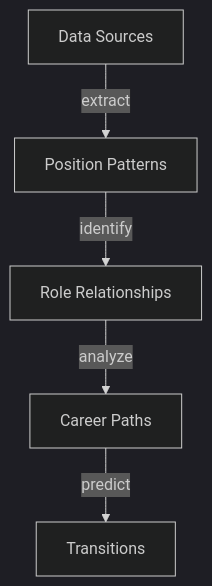
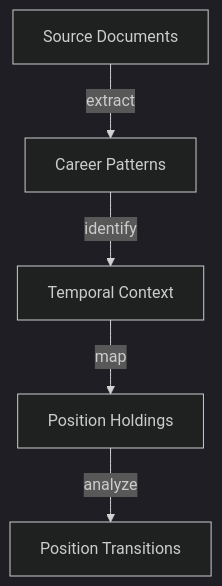
One commit to CarlosLiberJesus/obsidian-vault changed the third of 3 diagrams in vault/BeWhyOrg/InServer/Backend/Database/Entity-CidadaoCargo.md. Above: the diagram before and after it, drawn with Mermaid (dark theme). The commit also changed other lines of this file and 11 other files, not shown here.

````diff
--- a/vault/BeWhyOrg/InServer/Backend/Database/Entity-CidadaoCargo.md
+++ b/vault/BeWhyOrg/InServer/Backend/Database/Entity-CidadaoCargo.md
@@ -104,7 +112,7 @@
 ```mermaid
 graph TD
-    D[Data Sources] --> |extract| P[Position Patterns]
-    P --> |identify| R[Role Relationships]
-    R --> |analyze| C[Career Paths]
-    C --> |predict| T[Transitions]
+    DR[Source Documents] --> |extract| CP[Career Patterns]
+    CP --> |identify| TC[Temporal Context]
+    TC --> |map| PH[Position Holdings]
+    PH --> |analyze| PT[Position Transitions]
 ```
````
